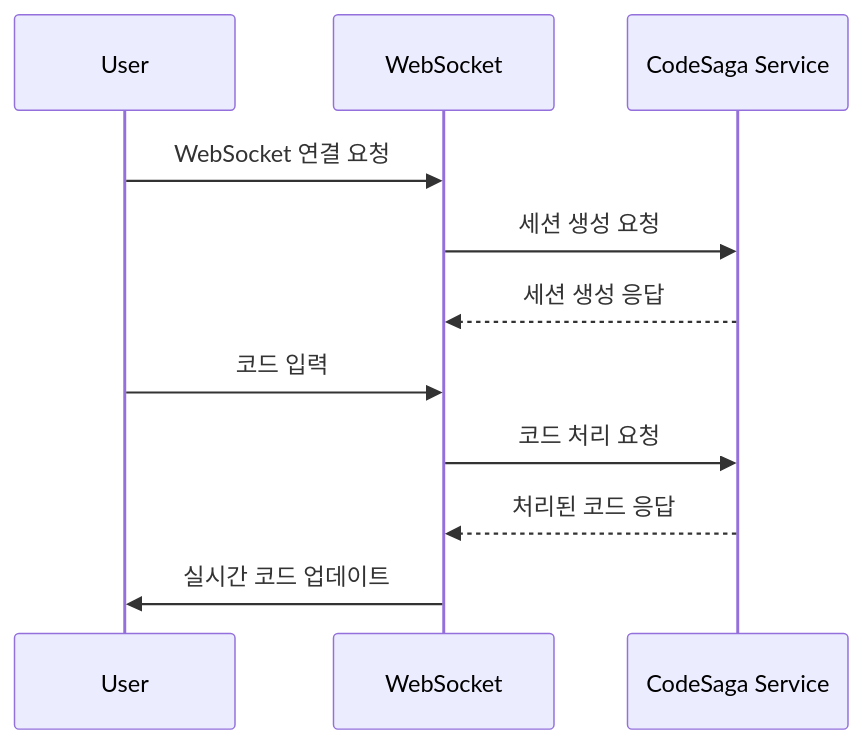
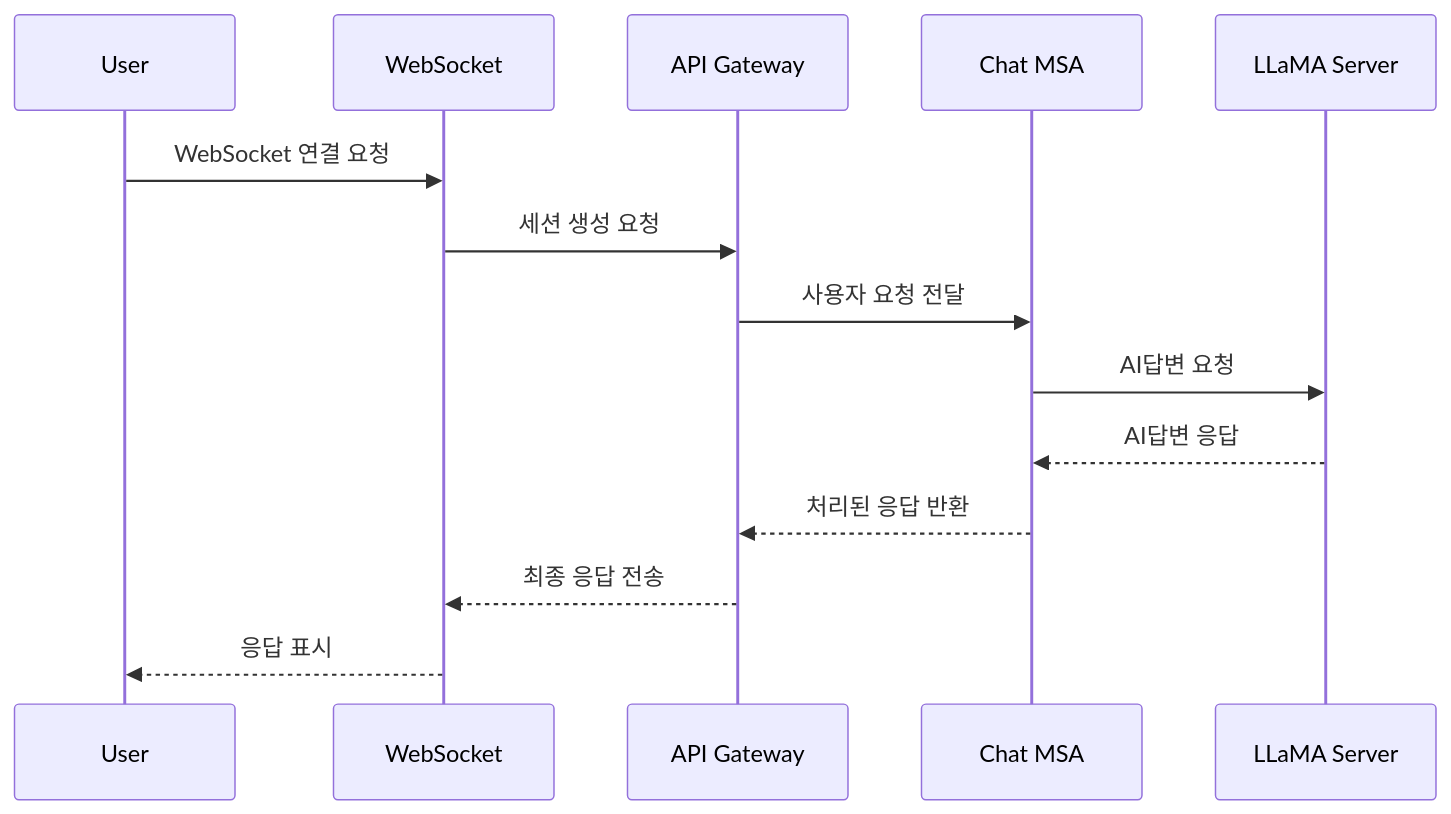
One commit to devonyou/codesaga changed the second of 2 diagrams in README.md. Above: the diagram before and after it, drawn with Mermaid. The commit also changed other lines of this file, not shown here.

````diff
--- a/README.md
+++ b/README.md
@@ -151,14 +148,17 @@
 ```mermaid
 sequenceDiagram
     participant User
     participant WebSocket
-    participant CodeSaga Service
+    participant API Gateway
+    participant Chat MSA
+    participant LLaMA Server
 
     User->>WebSocket: WebSocket 연결 요청
-    WebSocket->>CodeSaga Service: 세션 생성 요청
-    CodeSaga Service-->>WebSocket: 세션 생성 응답
-    User->>WebSocket: 코드 입력
-    WebSocket->>CodeSaga Service: 코드 처리 요청
-    CodeSaga Service-->>WebSocket: 처리된 코드 응답
-    WebSocket->>User: 실시간 코드 업데이트
+    WebSocket->>API Gateway: 세션 생성 요청
+    API Gateway->>Chat MSA: 사용자 요청 전달
+    Chat MSA->>LLaMA Server: AI답변 요청
+    LLaMA Server-->>Chat MSA: AI답변 응답
+    Chat MSA-->>API Gateway: 처리된 응답 반환
+    API Gateway-->>WebSocket: 최종 응답 전송
+    WebSocket-->>User: 응답 표시
 ```
````
